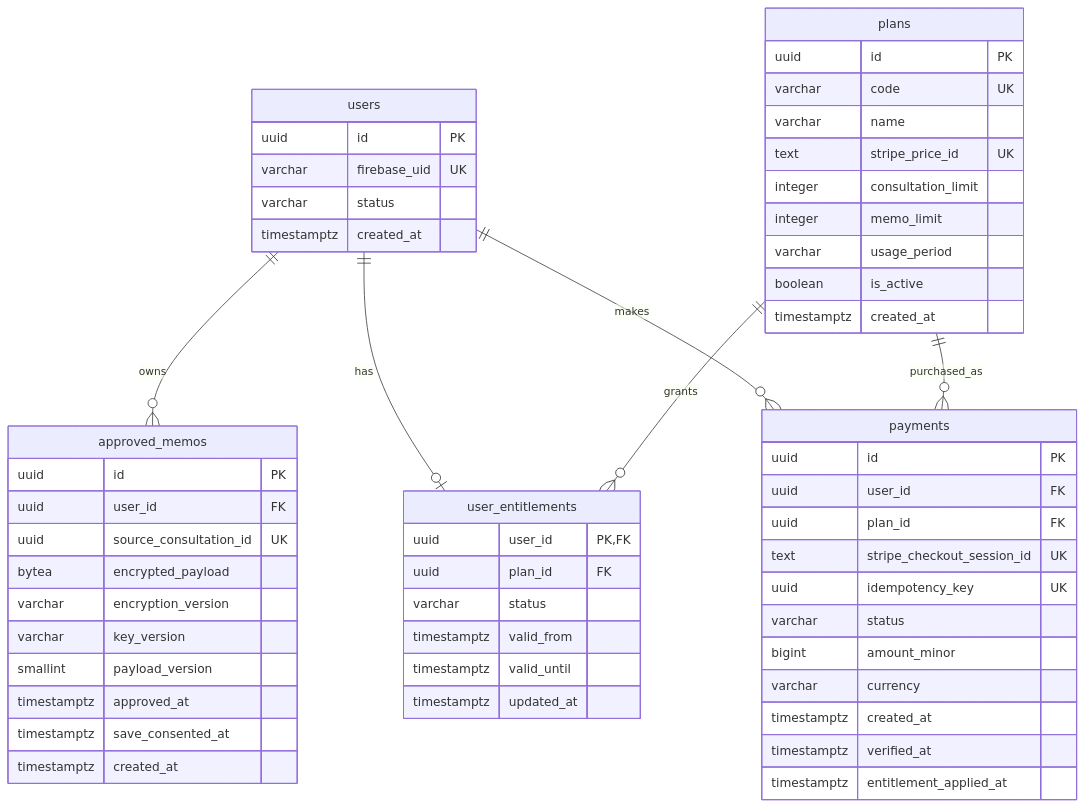
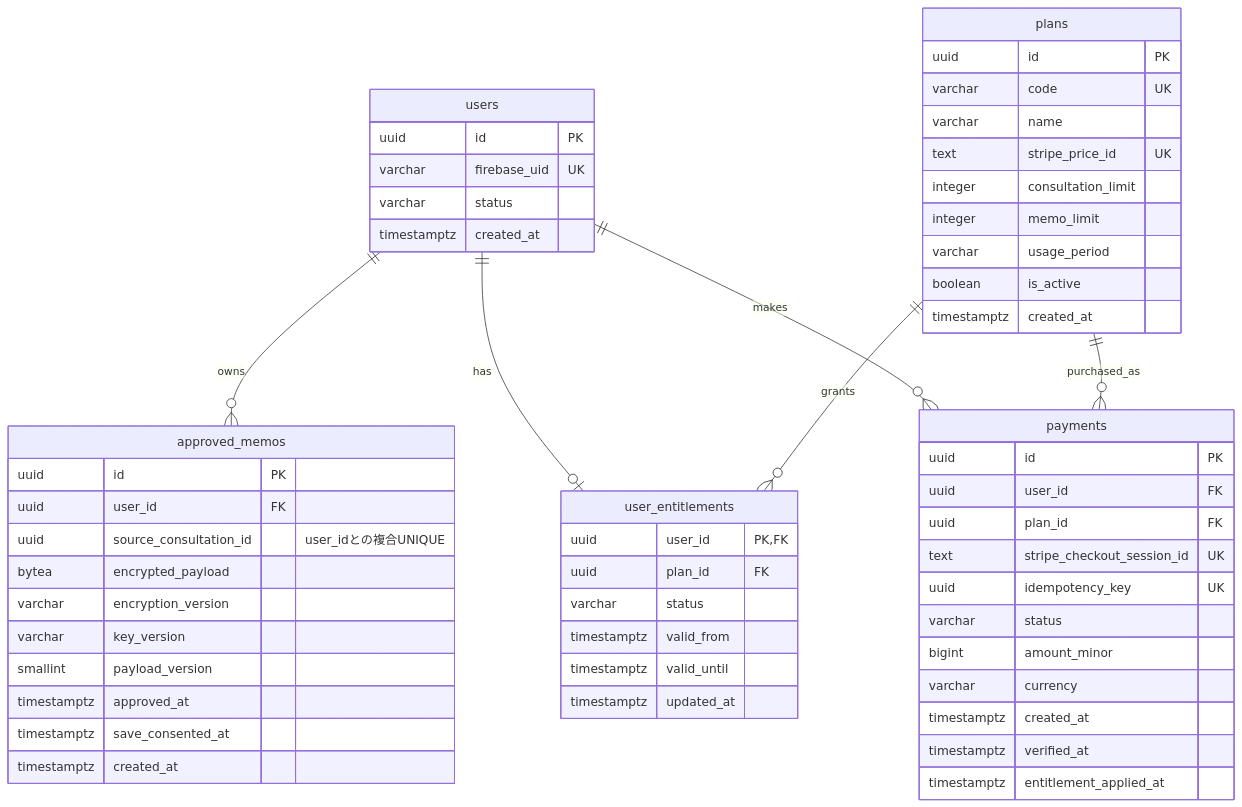
Before and after one commit to ms-engineer-bc26-05/Section9_TeamD: the diagram in docs/db-design.md, drawn with Mermaid. The commit also changed other lines of this file, not shown here.

````diff
--- a/docs/db-design.md
+++ b/docs/db-design.md
@@ -343,63 +349,63 @@
 ```mermaid
 erDiagram
     users ||--o{ approved_memos : owns
     users ||--o| user_entitlements : has
     plans ||--o{ user_entitlements : grants
     users ||--o{ payments : makes
     plans ||--o{ payments : purchased_as
 
     users {
         uuid id PK
         varchar firebase_uid UK
         varchar status
         timestamptz created_at
     }
 
     approved_memos {
         uuid id PK
         uuid user_id FK
-        uuid source_consultation_id UK
+        uuid source_consultation_id "user_idとの複合UNIQUE"
         bytea encrypted_payload
         varchar encryption_version
         varchar key_version
         smallint payload_version
         timestamptz approved_at
         timestamptz save_consented_at
         timestamptz created_at
     }
 
     plans {
         uuid id PK
         varchar code UK
         varchar name
         text stripe_price_id UK
         integer consultation_limit
         integer memo_limit
         varchar usage_period
         boolean is_active
         timestamptz created_at
     }
 
     user_entitlements {
         uuid user_id PK, FK
         uuid plan_id FK
         varchar status
         timestamptz valid_from
         timestamptz valid_until
         timestamptz updated_at
     }
 
     payments {
         uuid id PK
         uuid user_id FK
         uuid plan_id FK
         text stripe_checkout_session_id UK
         uuid idempotency_key UK
         varchar status
         bigint amount_minor
         varchar currency
         timestamptz created_at
         timestamptz verified_at
         timestamptz entitlement_applied_at
     }
 ```
````
